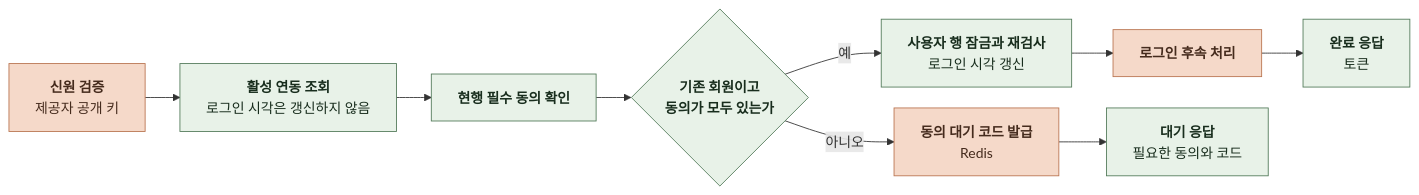
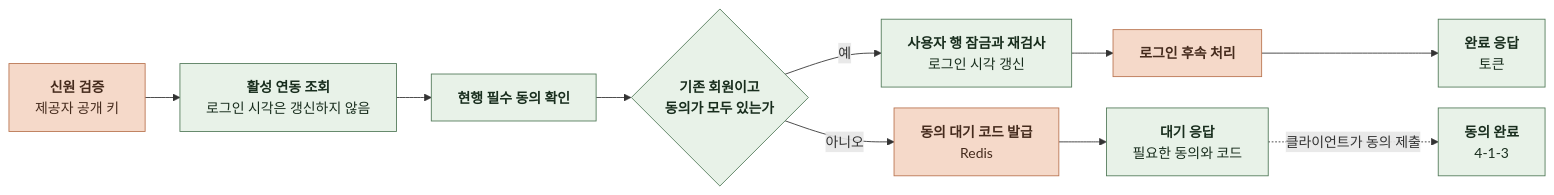
Before and after one commit to KIM-N-KANG/knk-harness: the first of 16 diagrams in docs/domain/ACCOUNT/BACKEND/4-1-PIPELINES.md, drawn with Mermaid. The commit also changed other lines of this file, not shown here.

Commit message:
[KNK-1661] Docs: 소셜 인증 흐름을 동의 완료까지 연결

````diff
--- a/docs/domain/ACCOUNT/BACKEND/4-1-PIPELINES.md
+++ b/docs/domain/ACCOUNT/BACKEND/4-1-PIPELINES.md
@@ -36,23 +36,25 @@
 ```mermaid
 %%{init: {"flowchart": {"curve": "basis", "nodeSpacing": 24, "rankSpacing": 40}}}%%
 flowchart LR
     A["`**신원 검증**
 제공자 공개 키`"] --> B["`**활성 연동 조회**
 로그인 시각은 갱신하지 않음`"]
     B --> C["`**현행 필수 동의 확인**`"]
     C --> D{"`**기존 회원이고
 동의가 모두 있는가**`"}
     D -->|예| E["`**사용자 행 잠금과 재검사**
 로그인 시각 갱신`"]
     E --> F["`**로그인 후속 처리**`"]
     F --> G["`**완료 응답**
 토큰`"]
     D -->|아니오| H["`**동의 대기 코드 발급**
 Redis`"]
     H --> I["`**대기 응답**
 필요한 동의와 코드`"]
+    I -.->|클라이언트가 동의 제출| J["`**동의 완료**
+4-1-3`"]
     classDef comp fill:#E8F2E8,stroke:#527A59,color:#182D1D
     classDef task fill:#F5D9C9,stroke:#B97450,color:#452B1D
-    class B,C,D,E,G,I comp
+    class B,C,D,E,G,I,J comp
     class A,F,H task
 ```
````
